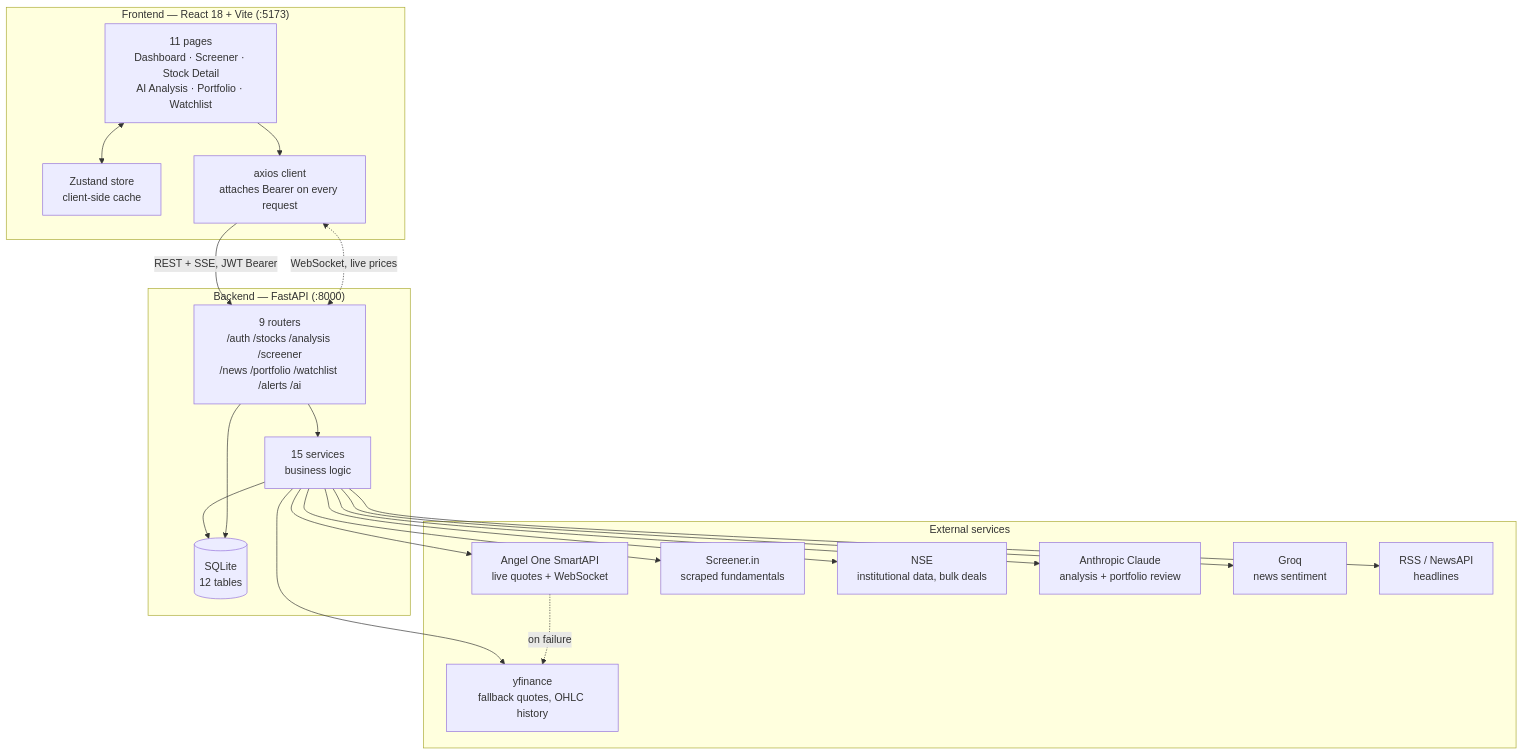
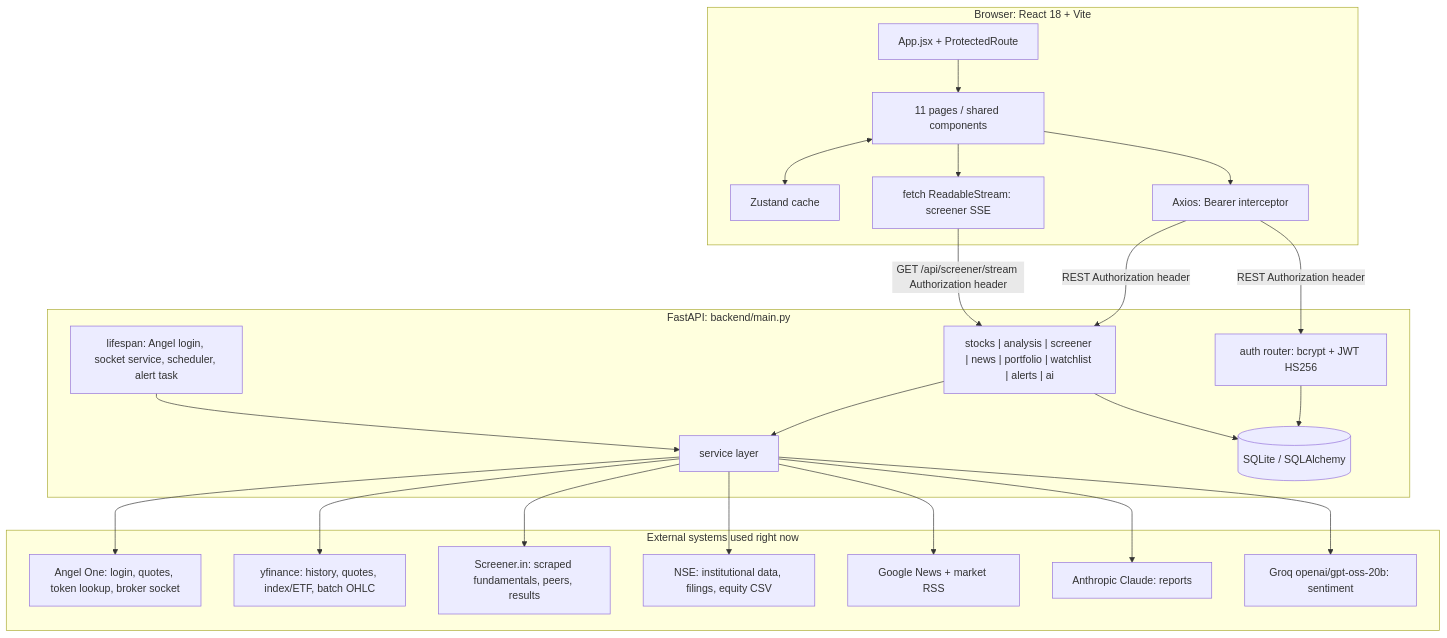
One commit to Shrey-Vhr/StockSense-1 changed the diagram in docs/ARCHITECTURE.md. Above: the diagram before and after it, drawn with Mermaid. The commit also changed other lines of this file and 1 other file, not shown here.

First line of the commit message:
Remove dead price WebSocket endpoint and leftover artifacts

````diff
--- a/docs/ARCHITECTURE.md
+++ b/docs/ARCHITECTURE.md
@@ -12,42 +31,44 @@
-```mermaid
+~~~mermaid
 flowchart TB
-    subgraph FE["Frontend — React 18 + Vite (:5173)"]
-        UI["11 pages<br/>Dashboard · Screener · Stock Detail<br/>AI Analysis · Portfolio · Watchlist"]
-        ST["Zustand store<br/>client-side cache"]
-        AX["axios client<br/>attaches Bearer on every request"]
-        UI <--> ST
-        UI --> AX
-    end
-
-    subgraph BE["Backend — FastAPI (:8000)"]
-        R["9 routers<br/>/auth /stocks /analysis /screener<br/>/news /portfolio /watchlist /alerts /ai"]
-        S["15 services<br/>business logic"]
-        DB[("SQLite<br/>12 tables")]
-        R --> S
-        S --> DB
-        R --> DB
-    end
-
-    subgraph EXT["External services"]
-        AO["Angel One SmartAPI<br/>live quotes + WebSocket"]
-        YF["yfinance<br/>fallback quotes, OHLC history"]
-        SI["Screener.in<br/>scraped fundamentals"]
-        NSE["NSE<br/>institutional data, bulk deals"]
-        AN["Anthropic Claude<br/>analysis + portfolio review"]
-        GQ["Groq<br/>news sentiment"]
-        RSS["RSS / NewsAPI<br/>headlines"]
-    end
-
-    AX -->|"REST + SSE, JWT Bearer"| R
-    AX <-.->|"WebSocket, live prices"| R
-
-    S --> AO
-    S --> YF
-    S --> SI
-    S --> NSE
-    S --> AN
-    S --> GQ
-    S --> RSS
-
-    AO -.->|"on failure"| YF
-```
+  subgraph Browser["Browser: React 18 + Vite"]
+    Routes["App.jsx + ProtectedRoute"]
+    Pages["11 pages / shared components"]
+    Store["Zustand cache"]
+    Axios["Axios: Bearer interceptor"]
+    SSE["fetch ReadableStream: screener SSE"]
+    Routes --> Pages
+    Pages <--> Store
+    Pages --> Axios
+    Pages --> SSE
+  end
+  subgraph API["FastAPI: backend/main.py"]
+    Auth["auth router: bcrypt + JWT HS256"]
+    Routers["stocks | analysis | screener | news | portfolio | watchlist | alerts | ai"]
+    Runtime["lifespan: Angel login, socket service, scheduler, alert task"]
+    Services["service layer"]
+    DB[("SQLite / SQLAlchemy")]
+    Auth --> DB
+    Routers --> Services
+    Routers --> DB
+    Runtime --> Services
+  end
+  subgraph External["External systems used right now"]
+    Angel["Angel One: login, quotes, token lookup, broker socket"]
+    YF["yfinance: history, quotes, index/ETF, batch OHLC"]
+    Screen["Screener.in: scraped fundamentals, peers, results"]
+    NSE["NSE: institutional data, filings, equity CSV"]
+    RSS["Google News + market RSS"]
+    Claude["Anthropic Claude: reports"]
+    Groq["Groq openai/gpt-oss-20b: sentiment"]
+  end
+  Axios -->|REST Authorization header| Auth
+  Axios -->|REST Authorization header| Routers
+  SSE -->|GET /api/screener/stream Authorization header| Routers
+  Services --> Angel
+  Services --> YF
+  Services --> Screen
+  Services --> NSE
+  Services --> RSS
+  Services --> Claude
+  Services --> Groq
+~~~
````
